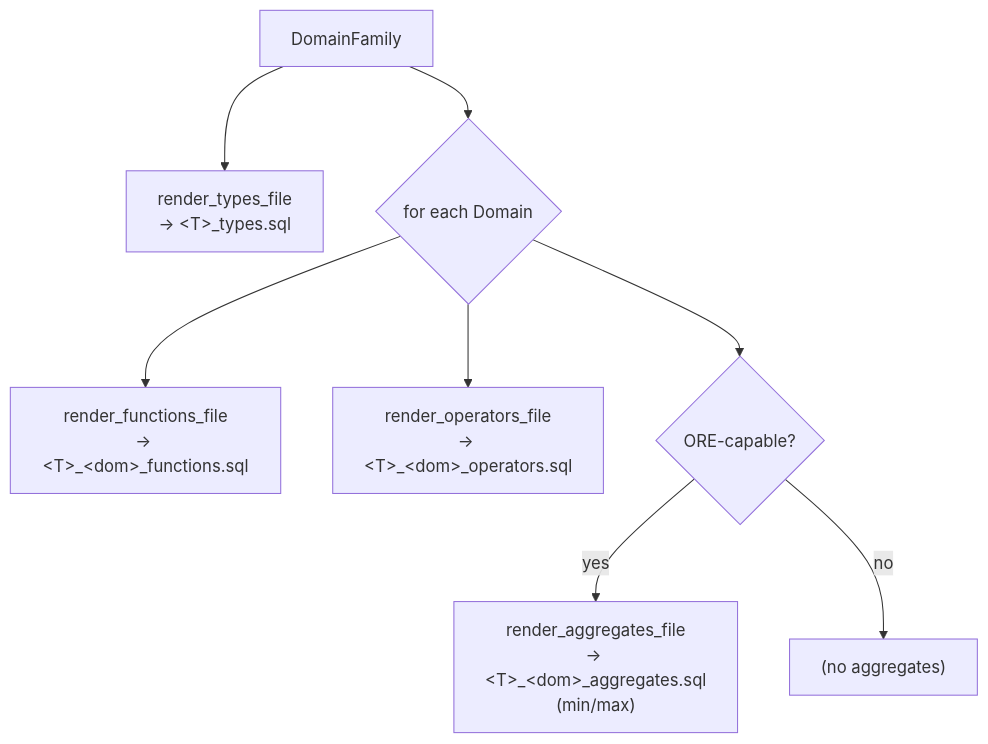
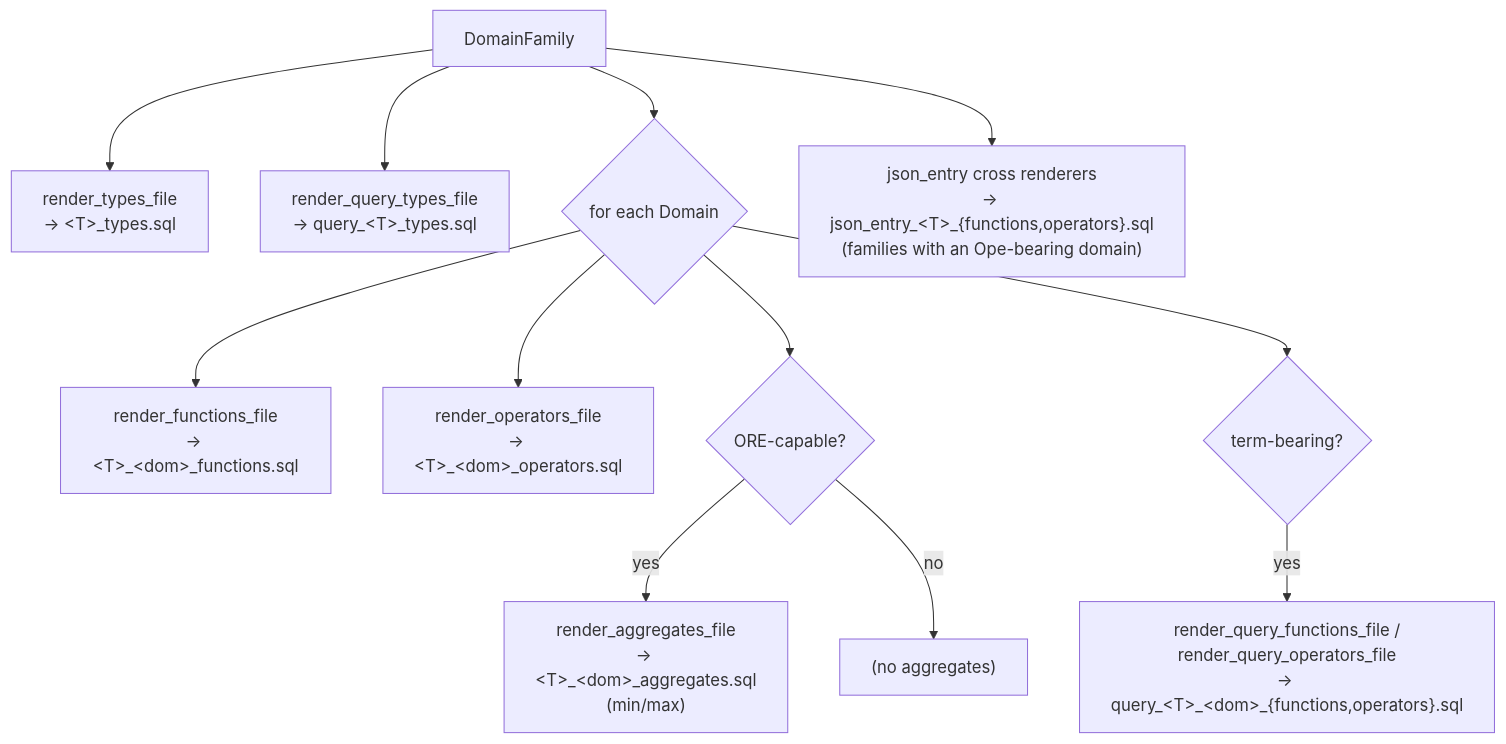
The sixth of 15 diagrams in docs/reference/catalog-driven-architecture.md (cipherstash/encrypt-query-language), drawn with Mermaid before and after one commit. The commit also changed other lines of this file and 15 other files, not shown here.

````diff
--- a/docs/reference/catalog-driven-architecture.md
+++ b/docs/reference/catalog-driven-architecture.md
@@ -284,10 +289,14 @@
 ```mermaid
 flowchart TD
     F["DomainFamily"] --> T["render_types_file<br/>→ &lt;T&gt;_types.sql"]
+    F --> QT["render_query_types_file<br/>→ query_&lt;T&gt;_types.sql"]
     F --> PERDOM{"for each Domain"}
     PERDOM --> FN["render_functions_file<br/>→ &lt;T&gt;_&lt;dom&gt;_functions.sql"]
     PERDOM --> OP["render_operators_file<br/>→ &lt;T&gt;_&lt;dom&gt;_operators.sql"]
     PERDOM --> AG{"ORE-capable?"}
     AG -->|yes| AGG["render_aggregates_file<br/>→ &lt;T&gt;_&lt;dom&gt;_aggregates.sql<br/>(min/max)"]
     AG -->|no| SKIP["(no aggregates)"]
+    PERDOM --> QD{"term-bearing?"}
+    QD -->|yes| QFO["render_query_functions_file /<br/>render_query_operators_file<br/>→ query_&lt;T&gt;_&lt;dom&gt;_{functions,operators}.sql"]
+    F --> JE["json_entry cross renderers<br/>→ json_entry_&lt;T&gt;_{functions,operators}.sql<br/>(families with an Ope-bearing domain)"]
 ```
````
